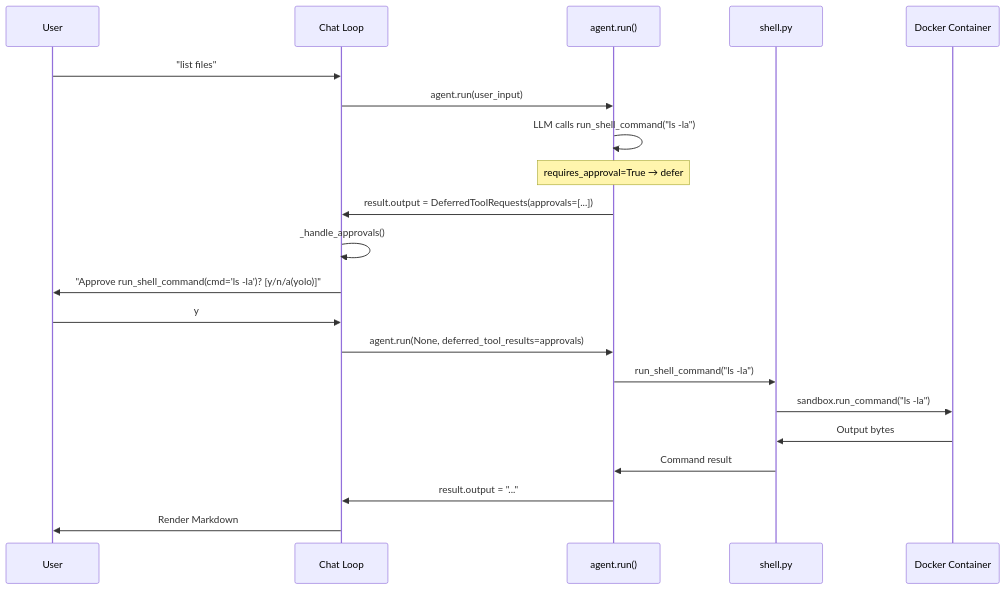
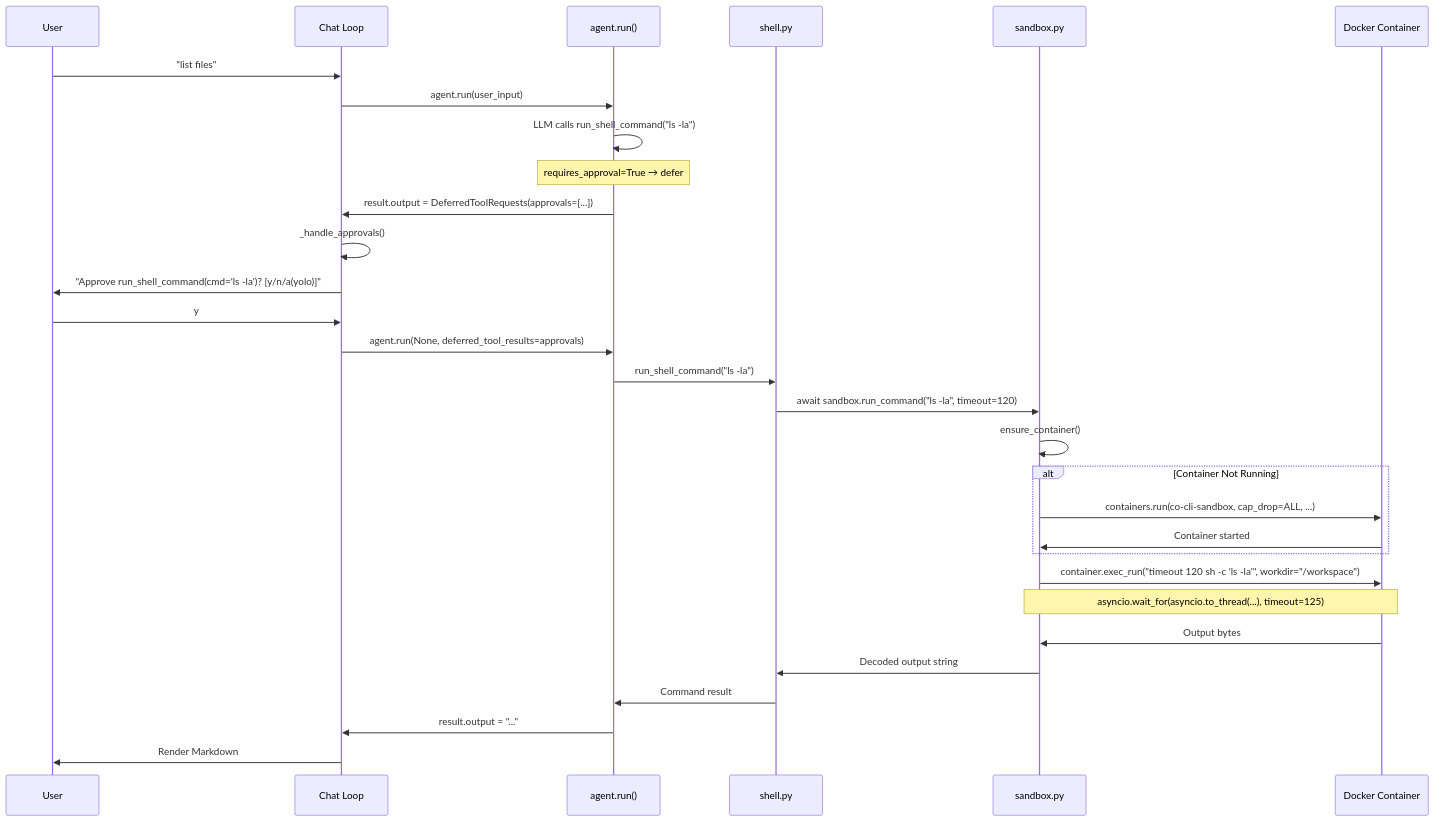
Before and after one commit to binlecode/co-cli: the third of 10 diagrams in docs/DESIGN-co-cli.md, drawn with Mermaid. The commit also changed other lines of this file, not shown here.

First line of the commit message:
Clean up DESIGN-co-cli.md diagrams: deduplicate, fix, remove (16→10)

````diff
--- a/docs/DESIGN-co-cli.md
+++ b/docs/DESIGN-co-cli.md
@@ -148,26 +148,37 @@
 ```mermaid
 sequenceDiagram
     participant User
     participant CLI as Chat Loop
     participant Agent as agent.run()
     participant Tool as shell.py
+    participant Sandbox as sandbox.py
     participant Docker as Docker Container
 
     User->>CLI: "list files"
     CLI->>Agent: agent.run(user_input)
     Agent->>Agent: LLM calls run_shell_command("ls -la")
     Note over Agent: requires_approval=True → defer
     Agent->>CLI: result.output = DeferredToolRequests(approvals=[...])
 
     CLI->>CLI: _handle_approvals()
     CLI->>User: "Approve run_shell_command(cmd='ls -la')? [y/n/a(yolo)]"
     User->>CLI: y
 
     CLI->>Agent: agent.run(None, deferred_tool_results=approvals)
     Agent->>Tool: run_shell_command("ls -la")
-    Tool->>Docker: sandbox.run_command("ls -la")
-    Docker->>Tool: Output bytes
+    Tool->>Sandbox: await sandbox.run_command("ls -la", timeout=120)
+    Sandbox->>Sandbox: ensure_container()
+
+    alt Container Not Running
+        Sandbox->>Docker: containers.run(co-cli-sandbox, cap_drop=ALL, ...)
+        Docker->>Sandbox: Container started
+    end
+
+    Sandbox->>Docker: container.exec_run("timeout 120 sh -c 'ls -la'", workdir="/workspace")
+    Note over Sandbox,Docker: asyncio.wait_for(asyncio.to_thread(...), timeout=125)
+    Docker->>Sandbox: Output bytes
+    Sandbox->>Tool: Decoded output string
     Tool->>Agent: Command result
     Agent->>CLI: result.output = "..."
     CLI->>User: Render Markdown
 ```
````
